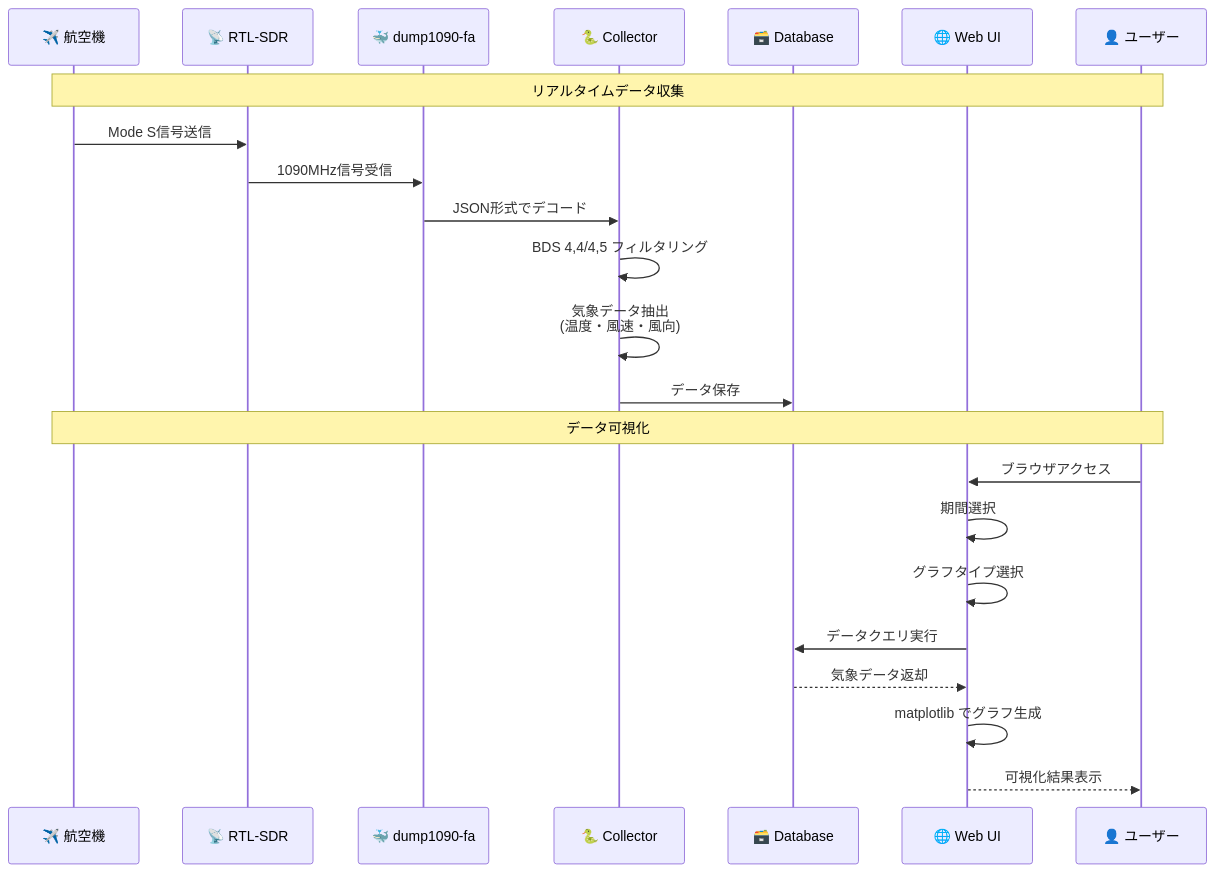
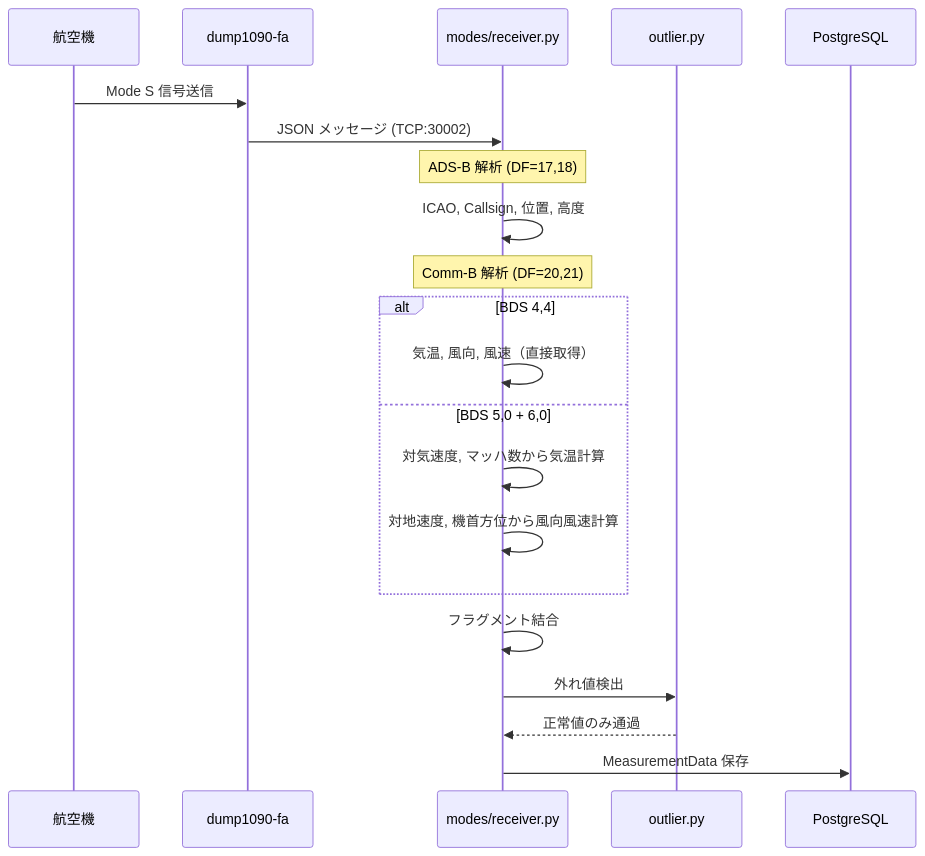
One commit to kimata/modes-sensing changed the second of 4 diagrams in README.md. Above: the diagram before and after it, drawn with Mermaid. The commit also changed other lines of this file, not shown here.

````diff
--- a/README.md
+++ b/README.md
@@ -98,27 +92,27 @@
 ```mermaid
 sequenceDiagram
-    participant A as ✈️ 航空機
-    participant RTL as 📡 RTL-SDR
-    participant D1090 as 🐳 dump1090-fa
-    participant COL as 🐍 Collector
-    participant DB as 🗃️ Database
-    participant WEB as 🌐 Web UI
-    participant USR as 👤 ユーザー
+    participant A as 航空機
+    participant D as dump1090-fa
+    participant R as modes/receiver.py
+    participant O as outlier.py
+    participant DB as PostgreSQL
 
-    Note over A,USR: リアルタイムデータ収集
-    A->>RTL: Mode S信号送信
-    RTL->>D1090: 1090MHz信号受信
-    D1090->>COL: JSON形式でデコード
-    COL->>COL: BDS 4,4/4,5 フィルタリング
-    COL->>COL: 気象データ抽出<br/>(温度・風速・風向)
-    COL->>DB: データ保存
+    A->>D: Mode S 信号送信
+    D->>R: JSON メッセージ (TCP:30002)
 
-    Note over A,USR: データ可視化
-    USR->>WEB: ブラウザアクセス
-    WEB->>WEB: 期間選択
-    WEB->>WEB: グラフタイプ選択
-    WEB->>DB: データクエリ実行
-    DB-->>WEB: 気象データ返却
-    WEB->>WEB: matplotlib でグラフ生成
-    WEB-->>USR: 可視化結果表示
+    Note over R: ADS-B 解析 (DF=17,18)
+    R->>R: ICAO, Callsign, 位置, 高度
+
+    Note over R: Comm-B 解析 (DF=20,21)
+    alt BDS 4,4
+        R->>R: 気温, 風向, 風速（直接取得）
+    else BDS 5,0 + 6,0
+        R->>R: 対気速度, マッハ数から気温計算
+        R->>R: 対地速度, 機首方位から風向風速計算
+    end
+
+    R->>R: フラグメント結合
+    R->>O: 外れ値検出
+    O-->>R: 正常値のみ通過
+    R->>DB: MeasurementData 保存
 ```
````
